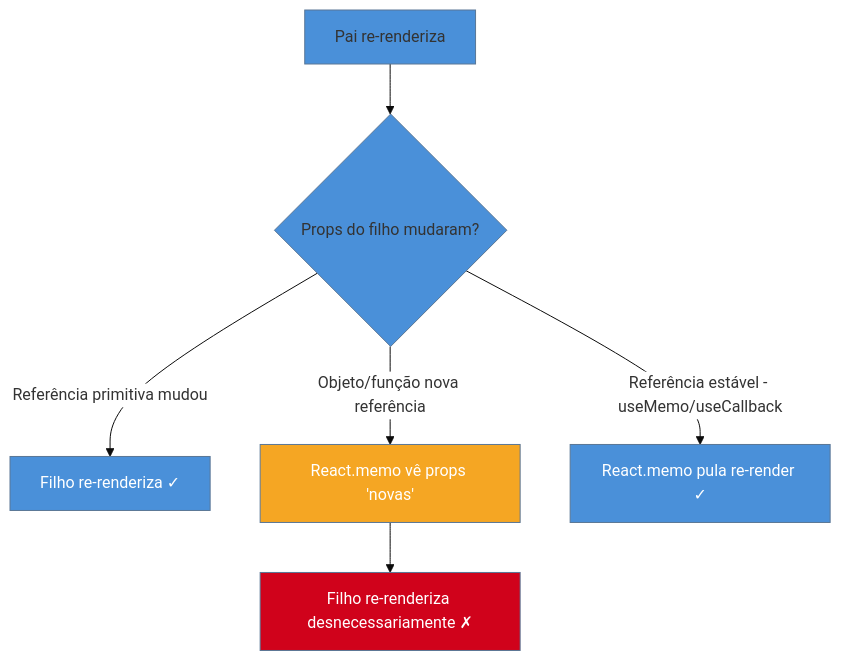
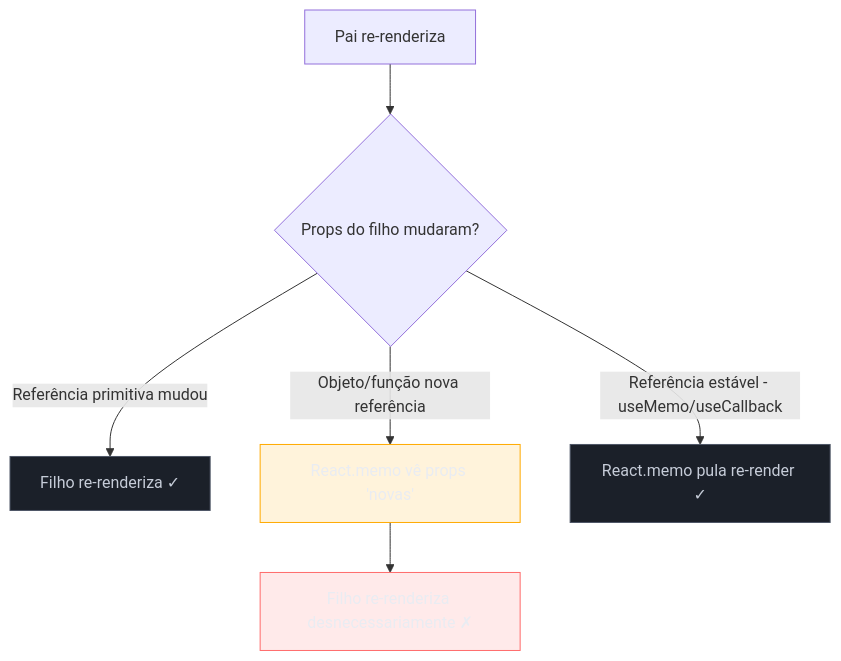
One commit to josenaldo/codex-technomanticus changed the first of 2 diagrams in 03-Dominios/Tecnologia/React/React core/13 - Memoização - useMemo, useCallback, React.memo e o React Compiler.md. Above: the diagram before and after it, drawn with Mermaid. The commit also changed other lines of this file and 1181 other files, not shown here.

First line of the commit message:
fix(diagramas): paleta do sistema no lugar de cor cravada no markdown

````diff
--- a/03-Dominios/Tecnologia/React/React core/13 - Memoização - useMemo, useCallback, React.memo e o React Compiler.md
+++ b/03-Dominios/Tecnologia/React/React core/13 - Memoização - useMemo, useCallback, React.memo e o React Compiler.md
@@ -213,14 +213,16 @@
 ```mermaid
-%%{init: {"theme": "base", "themeVariables": {"primaryColor": "#4A90D9", "edgeLabelBackground": "#ffffff"}}}%%
 flowchart TD
+    classDef neutro fill:#1B2029,stroke:#4E5666,color:#C6CCD8
+    classDef falha fill:#FF6B6B24,stroke:#FF6B6B,color:#E9ECF2
+    classDef destaque fill:#FFAA0024,stroke:#FFAA00,color:#E9ECF2
     A[Pai re-renderiza] --> B{Props do filho mudaram?}
     B -->|Referência primitiva mudou| C[Filho re-renderiza ✓]
     B -->|Objeto/função nova referência| D["React.memo vê props 'novas'"]
     B -->|Referência estável - useMemo/useCallback| E[React.memo pula re-render ✓]
     D --> F[Filho re-renderiza desnecessariamente ✗]
 
-    style C fill:#4A90D9,color:#fff
-    style E fill:#4A90D9,color:#fff
-    style F fill:#D0021B,color:#fff
-    style D fill:#F5A623,color:#fff
+    class C neutro
+    class E neutro
+    class F falha
+    class D destaque
 ```
````
